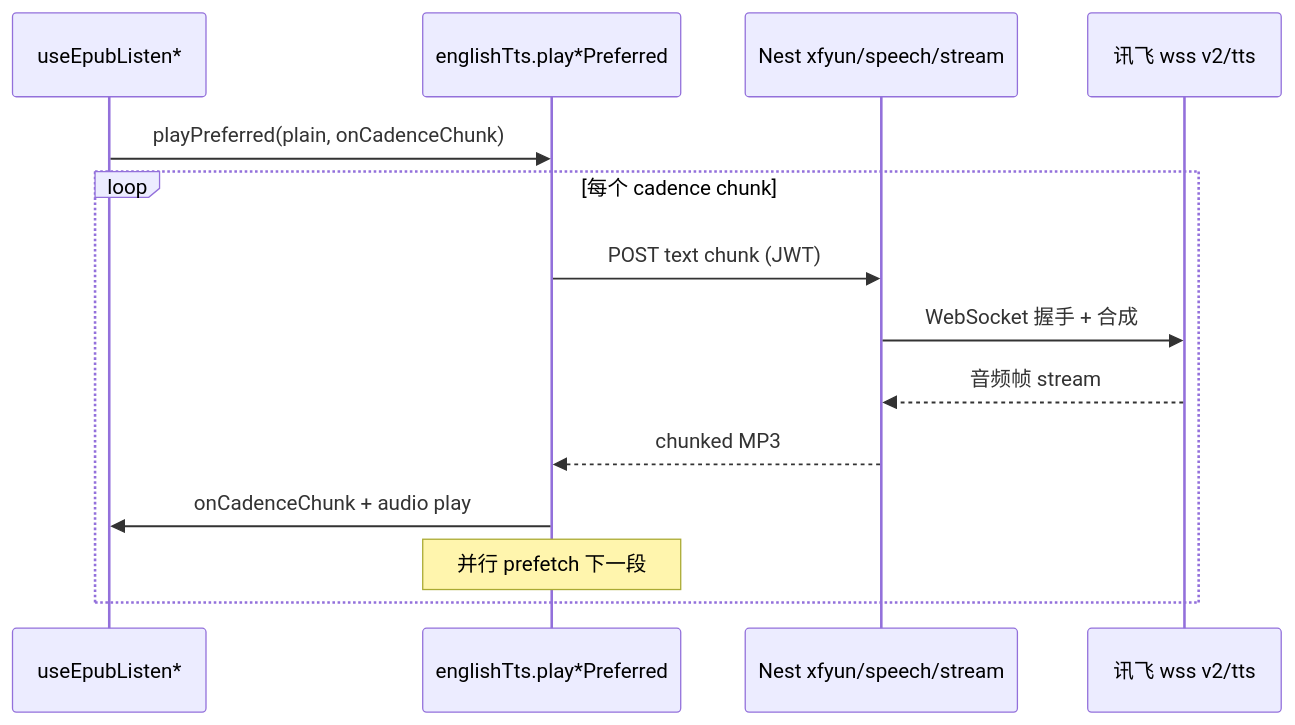
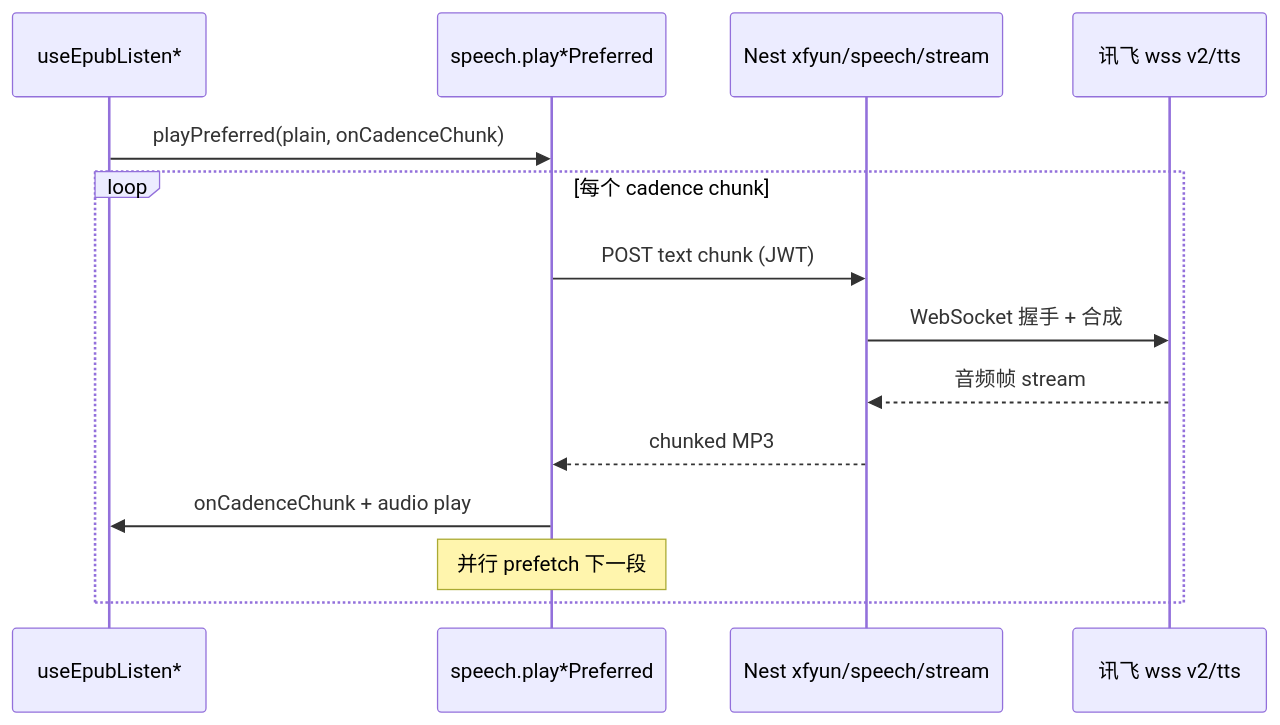
One commit to dnhyxc/dnhyxc-ai changed the diagram in apps/frontend/specs/xfyun-tts-listen-book-vendor-research.md. Above: the diagram before and after it, drawn with Mermaid. The commit also changed other lines of this file and 111 other files, not shown here.

````diff
--- a/apps/frontend/specs/xfyun-tts-listen-book-vendor-research.md
+++ b/apps/frontend/specs/xfyun-tts-listen-book-vendor-research.md
@@ -152,17 +152,17 @@
 ```mermaid
 sequenceDiagram
   participant EPUB as useEpubListen*
-  participant TTS as englishTts.play*Preferred
+  participant TTS as speech.play*Preferred
   participant API as Nest xfyun/speech/stream
   participant XF as 讯飞 wss v2/tts
 
   EPUB->>TTS: playPreferred(plain, onCadenceChunk)
   loop 每个 cadence chunk
     TTS->>API: POST text chunk (JWT)
     API->>XF: WebSocket 握手 + 合成
     XF-->>API: 音频帧 stream
     API-->>TTS: chunked MP3
     TTS->>EPUB: onCadenceChunk + audio play
     Note over TTS: 并行 prefetch 下一段
   end
 ```
````
